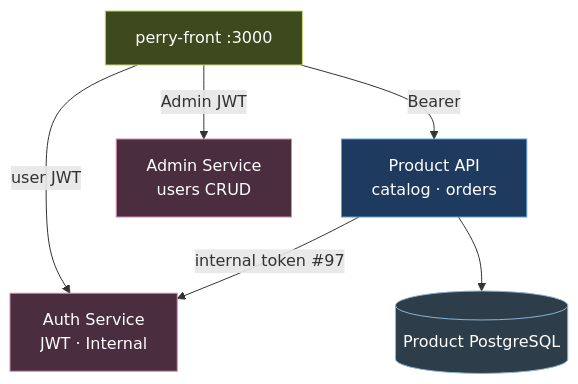
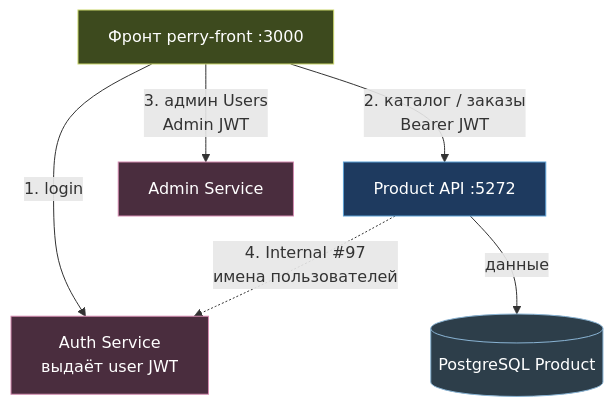
The diagram in project_defense/13_auth-microservices/diagram.mmd (ITSTEP-PERRY/perry-front), drawn with Mermaid before and after one commit. The commit also changed 41 other files, not shown here.

Commit message:
docs(defense): clearer diagrams, PPTX with per-slide descriptions.

```diff
--- a/project_defense/13_auth-microservices/diagram.mmd
+++ b/project_defense/13_auth-microservices/diagram.mmd
@@ -1,21 +1,18 @@
 flowchart TB
-  FE["perry-front :3000"]
-  A["Auth Service<br/>JWT · Internal"]
-  P["Product API<br/>catalog · orders"]
-  ADM["Admin Service<br/>users CRUD"]
-  PG[("Product PostgreSQL")]
+  FE["Фронт perry-front :3000"]
 
-  FE -->|user JWT| A
-  FE -->|Bearer| P
-  FE -->|Admin JWT| ADM
-  P --> PG
-  P -->|internal token #97| A
+  FE -->|"1. login"| AUTH["Auth Service<br/>выдаёт user JWT"]
+  FE -->|"2. каталог / заказы<br/>Bearer JWT"| PROD["Product API :5272"]
+  FE -->|"3. админ Users<br/>Admin JWT"| ADM["Admin Service"]
+
+  PROD -->|"данные"| PG[("PostgreSQL Product")]
+  PROD -.->|"4. Internal #97<br/>имена пользователей"| AUTH
 
   classDef f fill:#3d4a1e,stroke:#c9d56a,color:#fff
   classDef e fill:#4a2d3e,stroke:#d48ab0,color:#fff
   classDef p fill:#1e3a5f,stroke:#5b9fd4,color:#fff
   classDef d fill:#2d3e4a,stroke:#8ab4d4,color:#fff
   class FE f
-  class A,ADM e
-  class P p
+  class AUTH,ADM e
+  class PROD p
   class PG d
```
